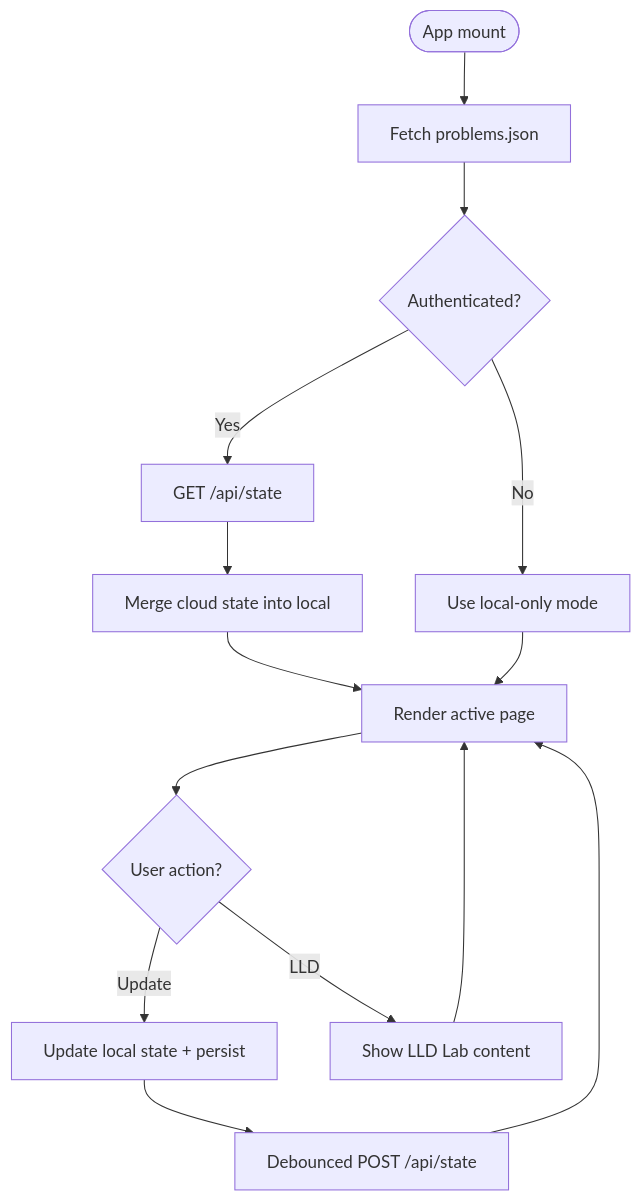
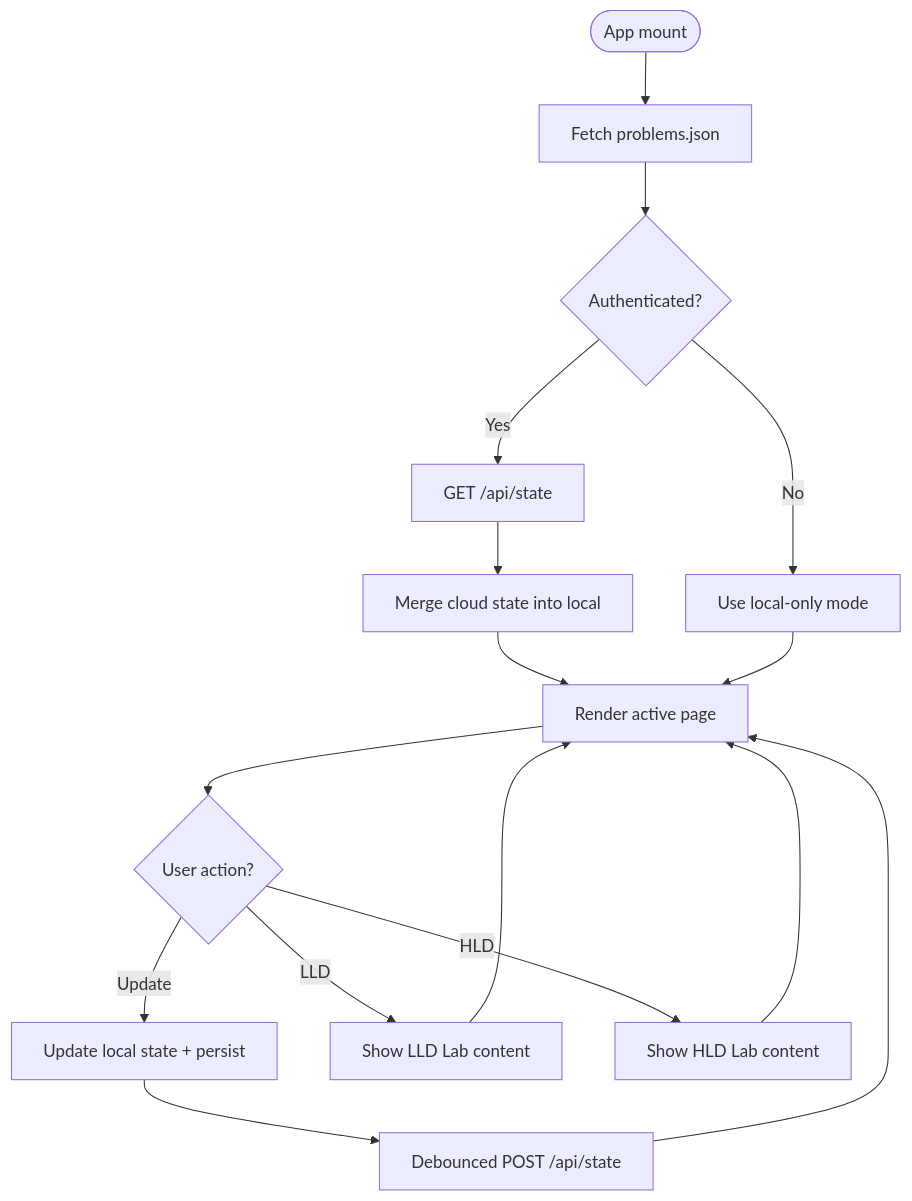
The third of 9 diagrams in .qoder/repowiki/en/content/Frontend Application/Application Architecture.md (iamrituraj/DSA-Tracker), drawn with Mermaid before and after one commit. The commit also changed other lines of this file and 5 other files, not shown here.

````diff
--- a/.qoder/repowiki/en/content/Frontend Application/Application Architecture.md
+++ b/.qoder/repowiki/en/content/Frontend Application/Application Architecture.md
@@ -155,16 +166,18 @@
 ```mermaid
 flowchart TD
 Start([App mount]) --> LoadProblems["Fetch problems.json"]
 LoadProblems --> CheckAuth{"Authenticated?"}
 CheckAuth --> |Yes| LoadCloud["GET /api/state"]
 CheckAuth --> |No| LocalOnly["Use local-only mode"]
 LoadCloud --> MergeState["Merge cloud state into local"]
 MergeState --> Render["Render active page"]
 LocalOnly --> Render
 Render --> UserAction{"User action?"}
 UserAction --> |Update| UpdateLocal["Update local state + persist"]
 UserAction --> |LLD| ShowLLD["Show LLD Lab content"]
+UserAction --> |HLD| ShowHLD["Show HLD Lab content"]
 UpdateLocal --> DebounceSave["Debounced POST /api/state"]
 DebounceSave --> Render
 ShowLLD --> Render
+ShowHLD --> Render
 ```
````
